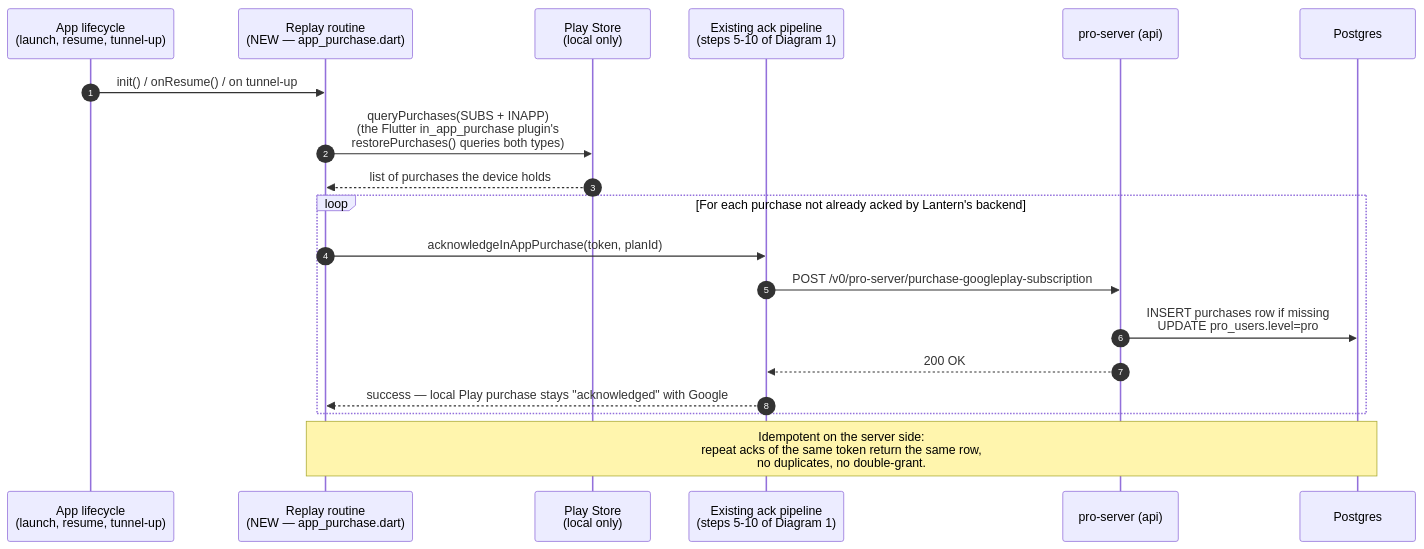
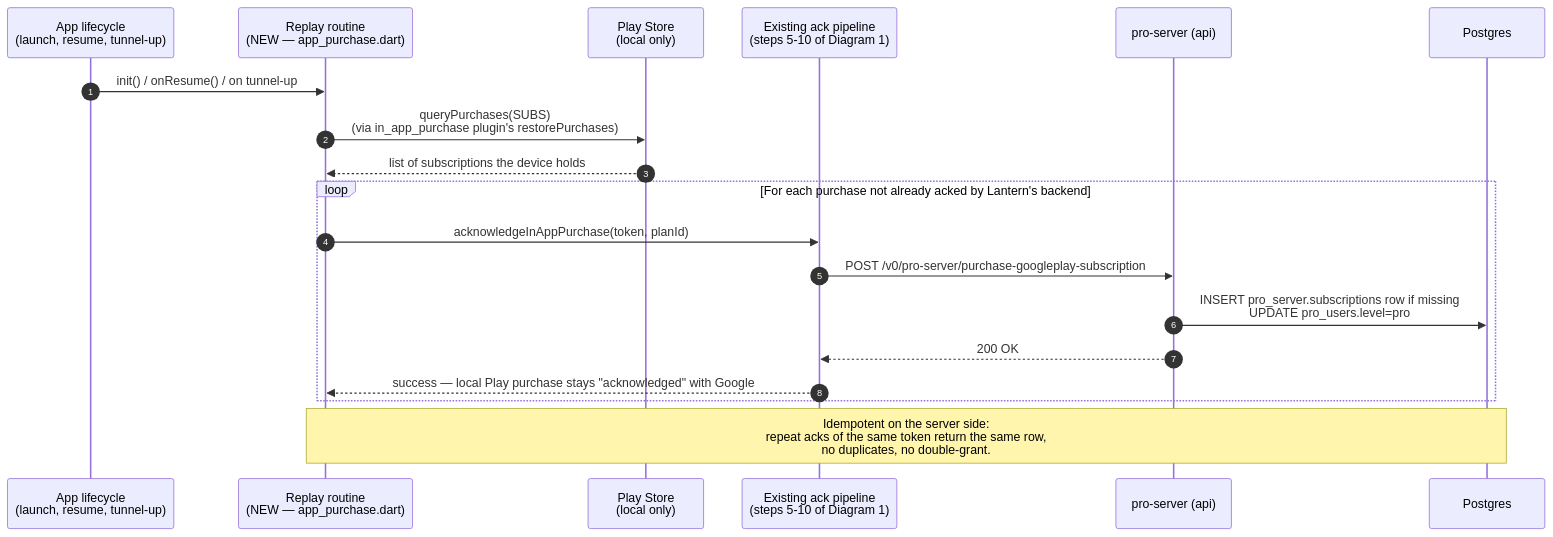
One commit to getlantern/lantern changed the third of 3 diagrams in docs/purchases/google-play-purchase-flow.md. Above: the diagram before and after it, drawn with Mermaid. The commit also changed other lines of this file, not shown here.

````diff
--- a/docs/purchases/google-play-purchase-flow.md
+++ b/docs/purchases/google-play-purchase-flow.md
@@ -132,22 +106,22 @@
 ```mermaid
 sequenceDiagram
     autonumber
     participant AppLifecycle as App lifecycle<br/>(launch, resume, tunnel-up)
     participant Replay as Replay routine<br/>(NEW — app_purchase.dart)
     participant Play as Play Store<br/>(local only)
     participant Pipeline as Existing ack pipeline<br/>(steps 5-10 of Diagram 1)
     participant Pro as pro-server (api)
     participant DB as Postgres
 
     AppLifecycle->>Replay: init() / onResume() / on tunnel-up
-    Replay->>Play: queryPurchases(SUBS + INAPP)<br/>(the Flutter in_app_purchase plugin's<br/>restorePurchases() queries both types)
-    Play-->>Replay: list of purchases the device holds
+    Replay->>Play: queryPurchases(SUBS)<br/>(via in_app_purchase plugin's restorePurchases)
+    Play-->>Replay: list of subscriptions the device holds
     loop For each purchase not already acked by Lantern's backend
         Replay->>Pipeline: acknowledgeInAppPurchase(token, planId)
         Pipeline->>Pro: POST /v0/pro-server/purchase-googleplay-subscription
-        Pro->>DB: INSERT purchases row if missing<br/>UPDATE pro_users.level=pro
+        Pro->>DB: INSERT pro_server.subscriptions row if missing<br/>UPDATE pro_users.level=pro
         Pro-->>Pipeline: 200 OK
         Pipeline-->>Replay: success — local Play purchase stays "acknowledged" with Google
     end
     Note over Replay,DB: Idempotent on the server side:<br/>repeat acks of the same token return the same row,<br/>no duplicates, no double-grant.
 ```
````
